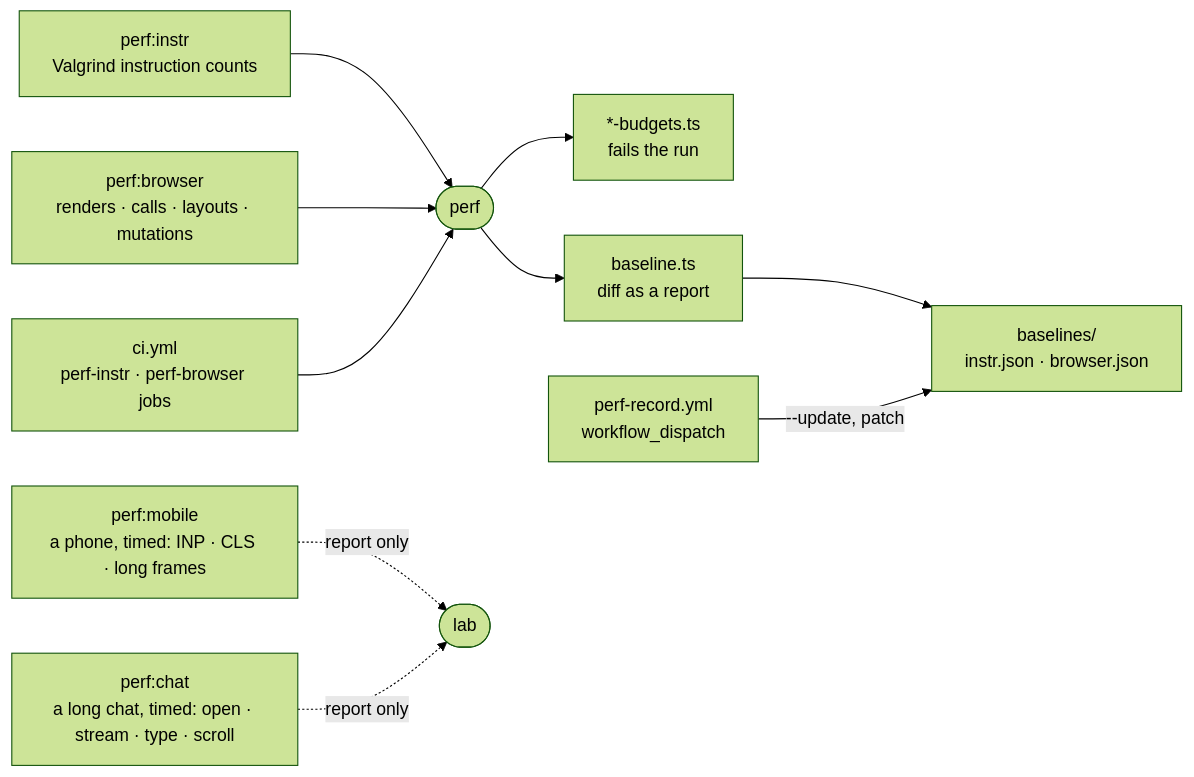
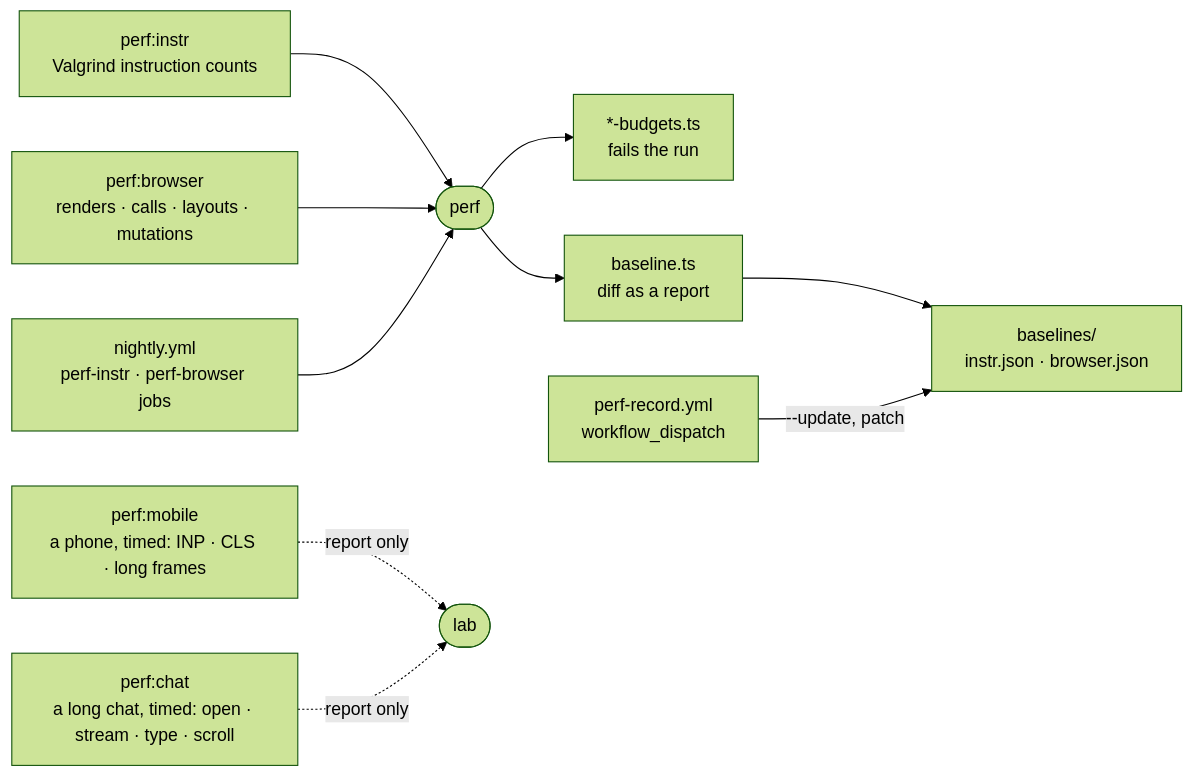
One commit to intentic/intentic changed the diagram in _tools/perf/README.md. Above: the diagram before and after it, drawn with Mermaid (forest theme). The commit also changed 17 other files, not shown here.

Commit message:
ci(ci): move push typecheck out of quick and run perf and clock suites in nightly

````diff
--- a/_tools/perf/README.md
+++ b/_tools/perf/README.md
@@ -5,12 +5,12 @@
 ```mermaid
 flowchart LR
     instr["perf:instr<br/>Valgrind instruction counts"] --> perf(["perf"])
     browser["perf:browser<br/>renders · calls · layouts · mutations"] --> perf
     mobile["perf:mobile<br/>a phone, timed: INP · CLS · long frames"] -.->|"report only"| lab(["lab"])
     chat["perf:chat<br/>a long chat, timed: open · stream · type · scroll"] -.->|"report only"| lab
     perf --> budgets["*-budgets.ts<br/>fails the run"]
     perf --> judge["baseline.ts<br/>diff as a report"]
     judge --> files["baselines/<br/>instr.json · browser.json"]
-    ci["ci.yml<br/>perf-instr · perf-browser jobs"] --> perf
+    ci["nightly.yml<br/>perf-instr · perf-browser jobs"] --> perf
     record["perf-record.yml<br/>workflow_dispatch"] -->|"--update, patch"| files
 ```
````
